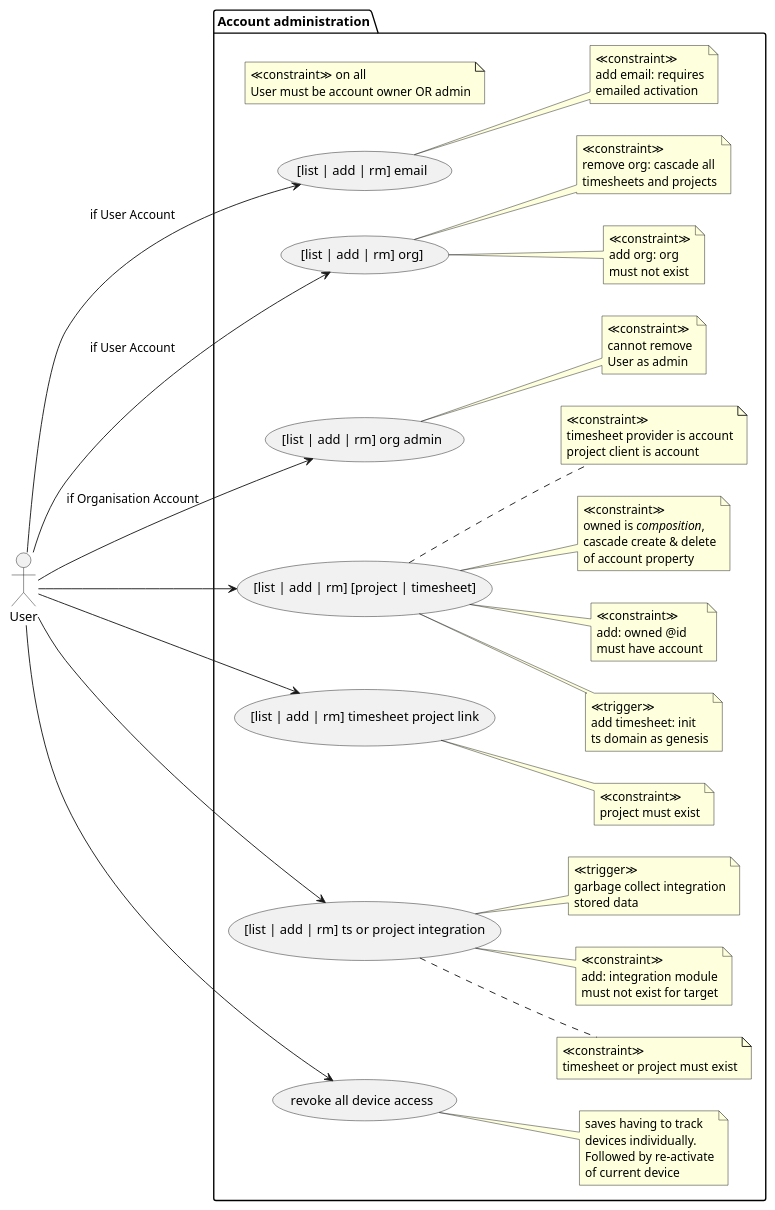
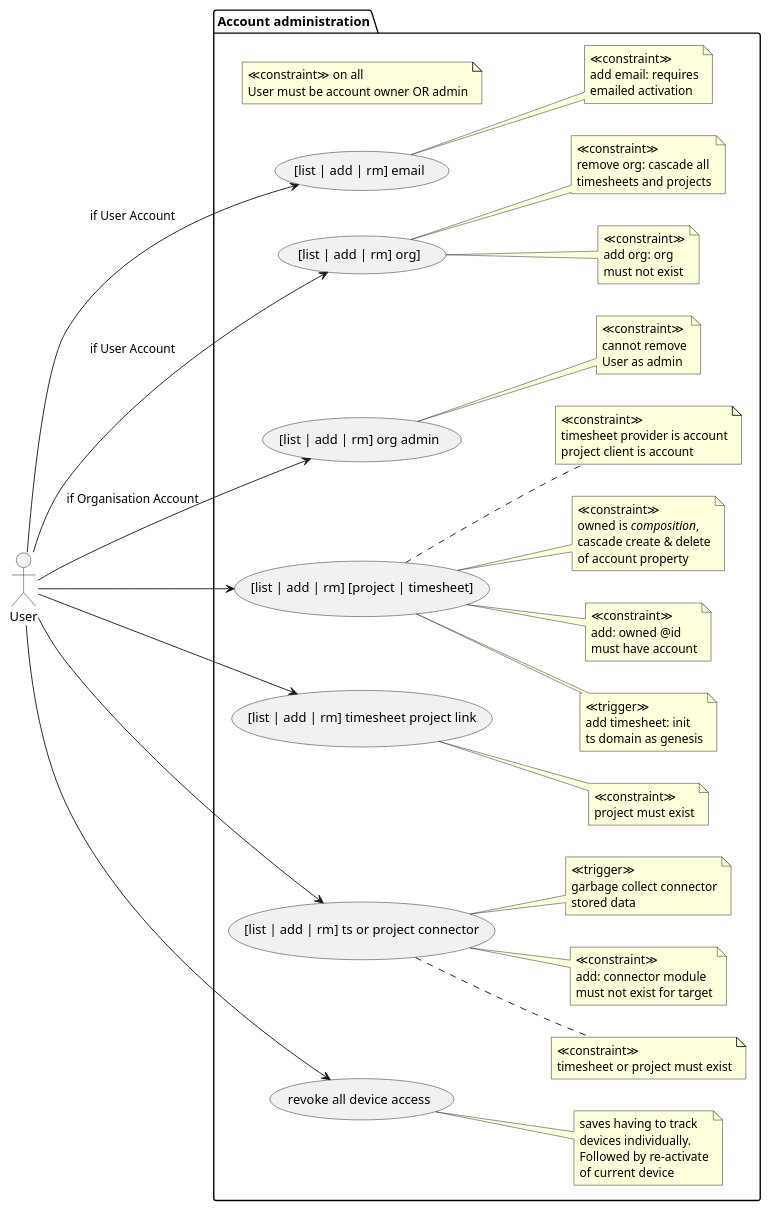
Before and after one commit to m-ld/timeld: the diagram in architecture/use-case/administration.use-case.puml, drawn with PlantUML. The commit also changed 27 other files, not shown here.

Commit message:
Renaming integration to connector

```diff
--- a/architecture/use-case/administration.use-case.puml
+++ b/architecture/use-case/administration.use-case.puml
@@ -1,101 +1,101 @@
 @startuml
 'https://plantuml.com/use-case-diagram
 left to right direction
 
 actor User
 package "Account administration" {
   note "≪constraint≫ on all\nUser must be account owner OR admin" as appliesToAll
 
   usecase userAdminEmail as ([list | add | rm] email)
   User --> userAdminEmail: if User Account
   note right of userAdminEmail
     ' TODO
     ≪constraint≫
     add email: requires
     emailed activation
   end note
 
   usecase userAdminOrg as ([list | add | rm] org])
   User --> userAdminOrg: if User Account
   note right of userAdminOrg
     ≪constraint≫
     add org: org
     must not exist
   end note
 
   note right of userAdminOrg
     ≪constraint≫
     remove org: cascade all
     timesheets and projects
   end note
   usecase orgAdmin as ([list | add | rm] org admin)
   User --> orgAdmin: if Organisation Account
   note right of orgAdmin
     ≪constraint≫
     cannot remove
     User as admin
   end note
 
   usecase ownedAdmin as ([list | add | rm] [project | timesheet])
   User --> ownedAdmin
   note right of ownedAdmin
     ≪trigger≫
     add timesheet: init
     ts domain as genesis
   end note
 
   note right of ownedAdmin
     ≪constraint≫
     add: owned @id
     must have account
   end note
 
   note right of ownedAdmin
     ≪constraint≫
     owned is //composition//,
     cascade create & delete
     of account property
   end note
 
   note right of ownedAdmin
     ≪constraint≫
     timesheet provider is account
     project client is account
   end note
 
   User --> ([list | add | rm] timesheet project link)
   note right
     ≪constraint≫
     project must exist
   end note
 
-  usecase integrations as ([list | add | rm] ts or project integration)
-  User --> integrations
-  note right of integrations
+  usecase connectors as ([list | add | rm] ts or project connector)
+  User --> connectors
+  note right of connectors
     ≪constraint≫
     timesheet or project must exist
   end note
 
-  note right of integrations
+  note right of connectors
     ≪constraint≫
-    add: integration module
+    add: connector module
     must not exist for target
   end note
 
-  note right of integrations
+  note right of connectors
     ≪trigger≫
-    garbage collect integration
+    garbage collect connector
     stored data
   end note
 
   ' TODO
   User --> (revoke all device access)
   note right
     saves having to track
     devices individually.
     Followed by re-activate
     of current device
   end note
 }
 
 @enduml
```
